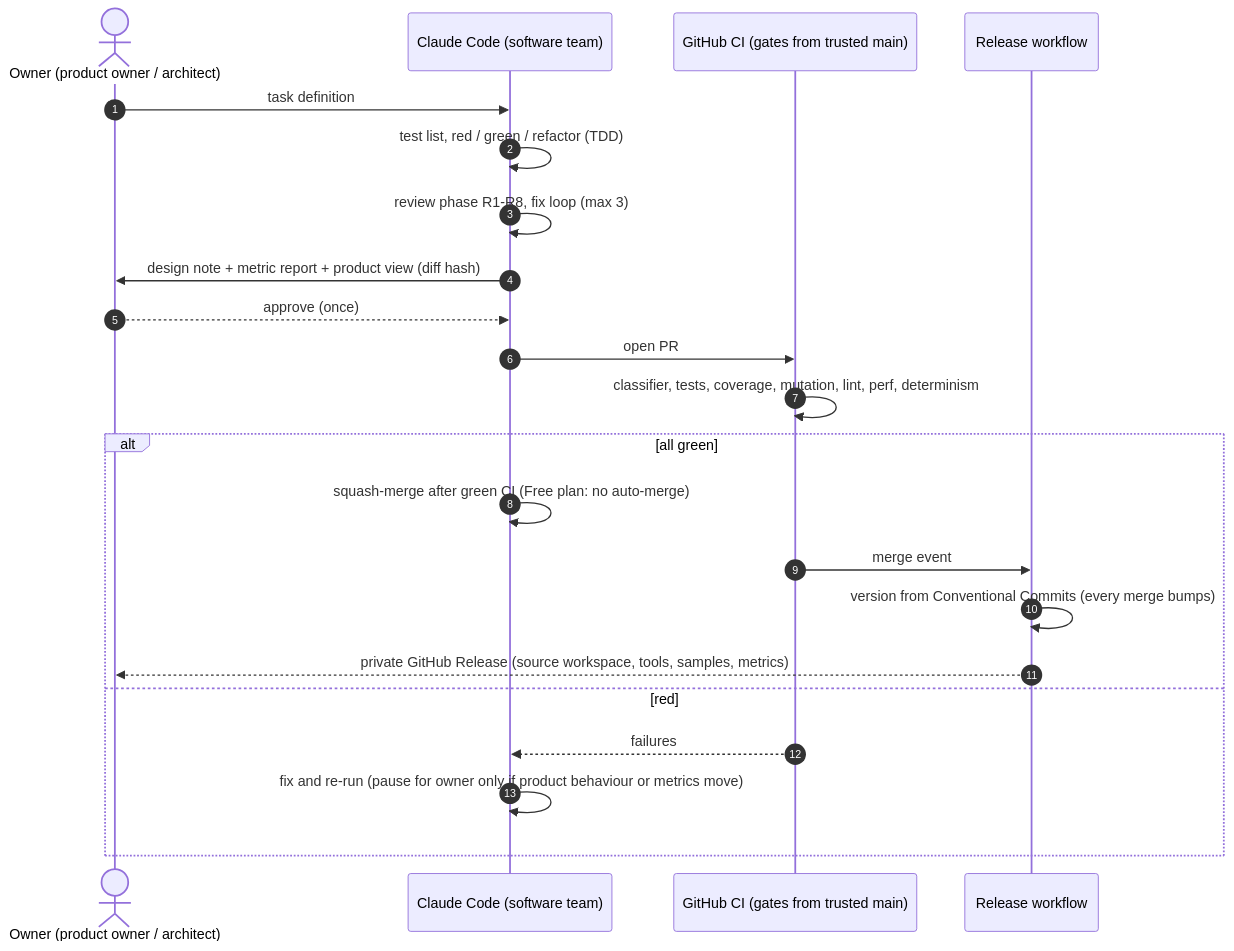
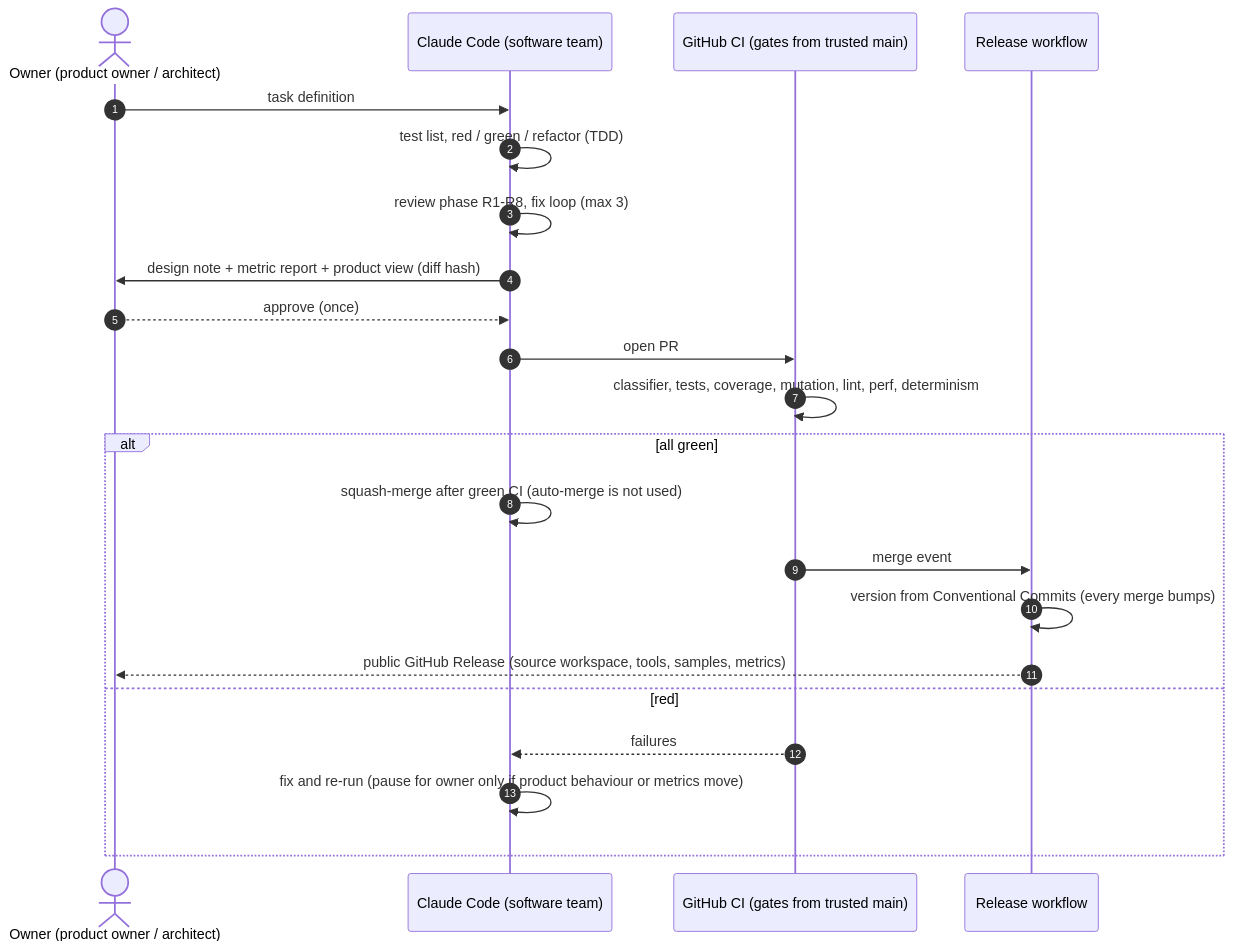
Before and after one commit to giamat90/DuckEngine: the tenth of 11 diagrams in wiki/architecture/diagrams.md, drawn with Mermaid. The commit also changed 59 other files, not shown here.

````diff
--- a/wiki/architecture/diagrams.md
+++ b/wiki/architecture/diagrams.md
@@ -349,25 +349,25 @@
 ```mermaid
 sequenceDiagram
   autonumber
   actor PO as Owner (product owner / architect)
   participant CC as Claude Code (software team)
   participant CI as GitHub CI (gates from trusted main)
   participant Rel as Release workflow
 
   PO->>CC: task definition
   CC->>CC: test list, red / green / refactor (TDD)
   CC->>CC: review phase R1-R8, fix loop (max 3)
   CC->>PO: design note + metric report + product view (diff hash)
   PO-->>CC: approve (once)
   CC->>CI: open PR
   CI->>CI: classifier, tests, coverage, mutation, lint, perf, determinism
   alt all green
-    CC->>CC: squash-merge after green CI (Free plan: no auto-merge)
+    CC->>CC: squash-merge after green CI (auto-merge is not used)
     CI->>Rel: merge event
     Rel->>Rel: version from Conventional Commits (every merge bumps)
-    Rel-->>PO: private GitHub Release (source workspace, tools, samples, metrics)
+    Rel-->>PO: public GitHub Release (source workspace, tools, samples, metrics)
   else red
     CI-->>CC: failures
     CC->>CC: fix and re-run (pause for owner only if product behaviour or metrics move)
   end
 ```
````
